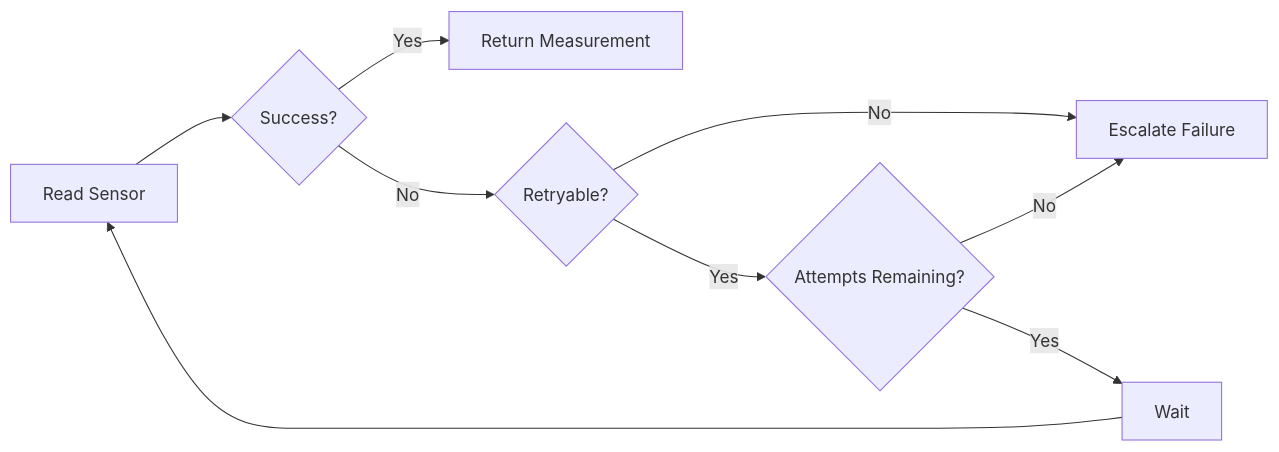
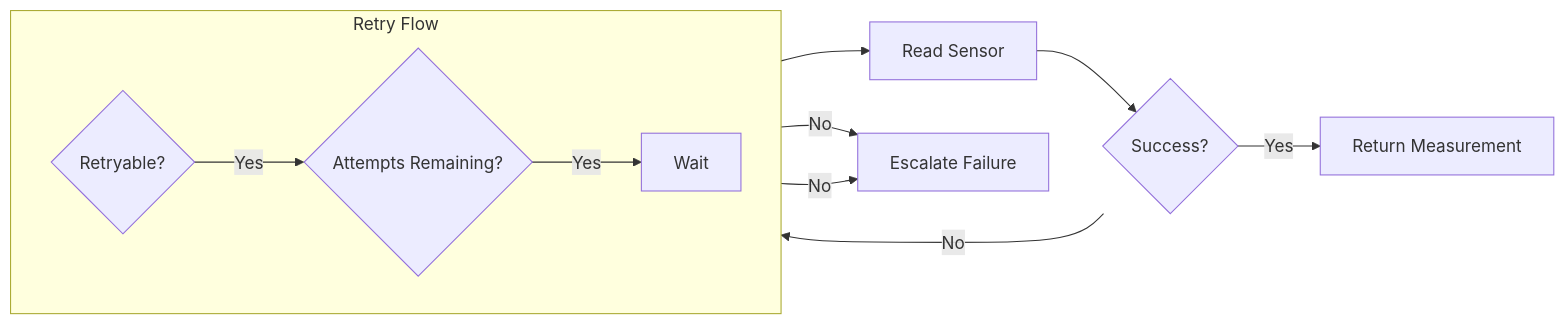
Before and after one commit to saurabh162/embedded-quality-attributes: the second of 2 diagrams in reliability/RetryMechanism/README.md, drawn with Mermaid.

Commit message:
Revise flowchart for retry mechanism clarity
Updated the flowchart in the README to clarify the retry mechanism.

````diff
--- a/reliability/RetryMechanism/README.md
+++ b/reliability/RetryMechanism/README.md
@@ -220,15 +220,16 @@
 ```mermaid
 flowchart LR
-    Read[Read Sensor] --> Success{Success?}
+    A[Read Sensor] --> B{Success?}
+    B -->|Yes| C[Return Measurement]
+    B -->|No| D{Retryable?}
 
-    Success -->|Yes| Return[Return Measurement]
-    Success -->|No| Retryable{Retryable?}
+    subgraph Retry["Retry Flow"]
+        direction LR
+        D -->|Yes| E{Attempts Remaining?}
+        E -->|Yes| F[Wait]
+    end
 
-    Retryable -->|No| Failure[Escalate Failure]
-    Retryable -->|Yes| Attempts{Attempts Remaining?}
-
-    Attempts -->|No| Failure
-    Attempts -->|Yes| Wait[Wait]
-
-    Wait --> Read
+    D -->|No| G[Escalate Failure]
+    E -->|No| G
+    F --> A
 ```
````
